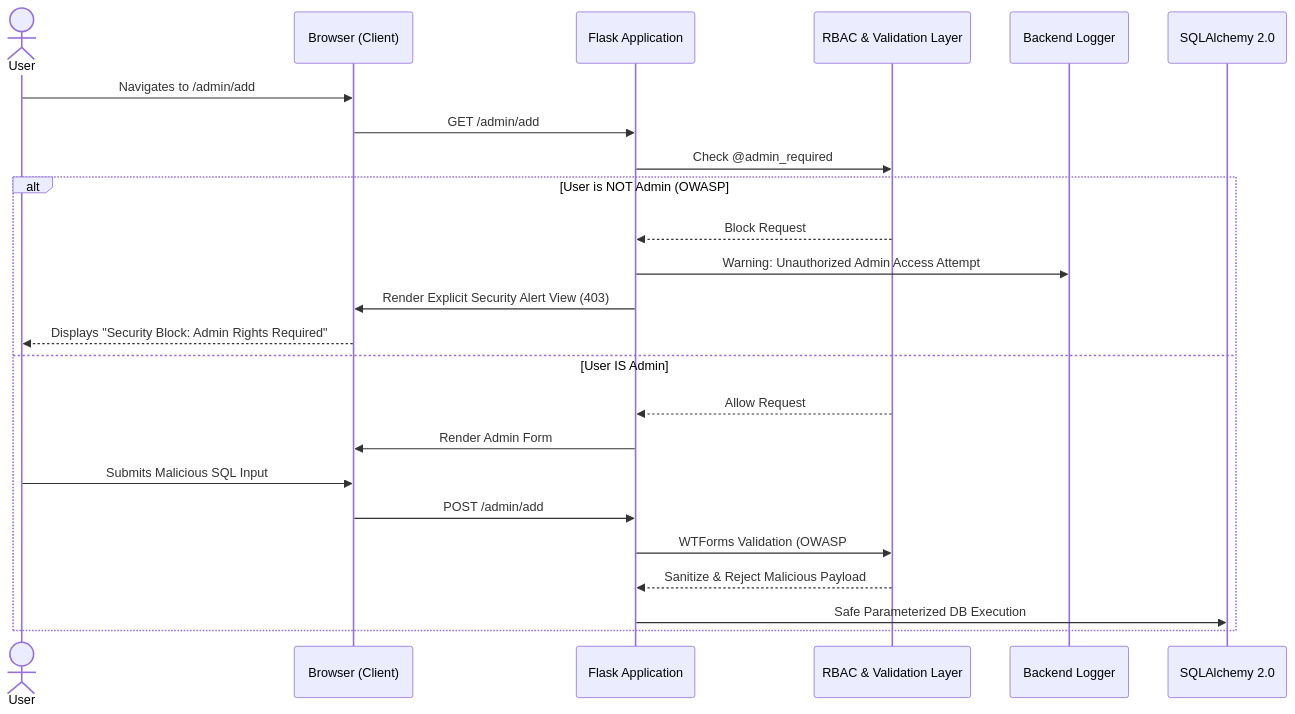
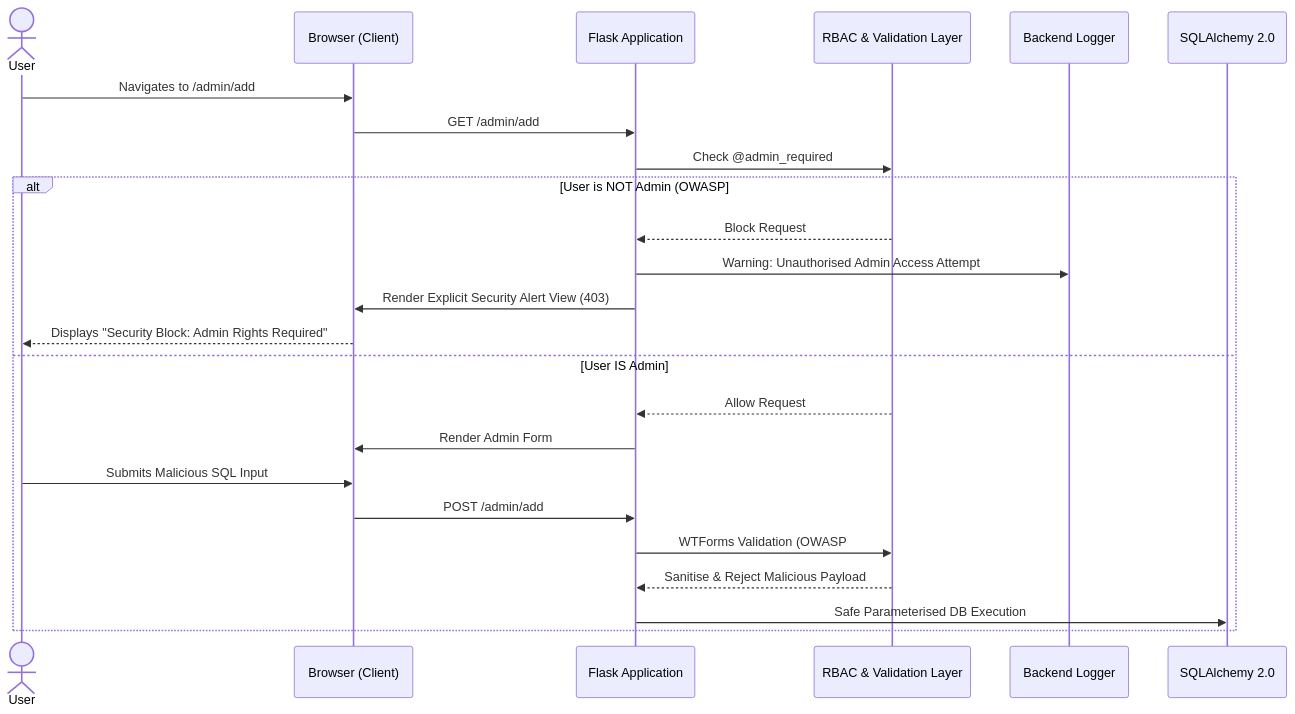
The third of 3 diagrams in docs/tdd.md (L4zzyK1dz7/internal_tool), drawn with Mermaid before and after one commit. The commit also changed other lines of this file and 5 other files, not shown here.

````diff
--- a/docs/tdd.md
+++ b/docs/tdd.md
@@ -88,28 +88,28 @@
 ```mermaid
 sequenceDiagram
     actor U as User
     participant UI as Browser (Client)
     participant App as Flask Application
     participant Security as RBAC & Validation Layer
     participant Log as Backend Logger
     participant ORM as SQLAlchemy 2.0
 
     U->>UI: Navigates to /admin/add
     UI->>App: GET /admin/add
     App->>Security: Check @admin_required
     
     alt User is NOT Admin (OWASP #A5 Defense)
         Security-->>App: Block Request
-        App->>Log: Warning: Unauthorized Admin Access Attempt
+        App->>Log: Warning: Unauthorised Admin Access Attempt
         App->>UI: Render Explicit Security Alert View (403)
         UI-->>U: Displays "Security Block: Admin Rights Required"
     else User IS Admin
         Security-->>App: Allow Request
         App->>UI: Render Admin Form
         U->>UI: Submits Malicious SQL Input
         UI->>App: POST /admin/add
         App->>Security: WTForms Validation (OWASP #A1 Defense)
-        Security-->>App: Sanitize & Reject Malicious Payload
-        App->>ORM: Safe Parameterized DB Execution
+        Security-->>App: Sanitise & Reject Malicious Payload
+        App->>ORM: Safe Parameterised DB Execution
     end
 ```
````
